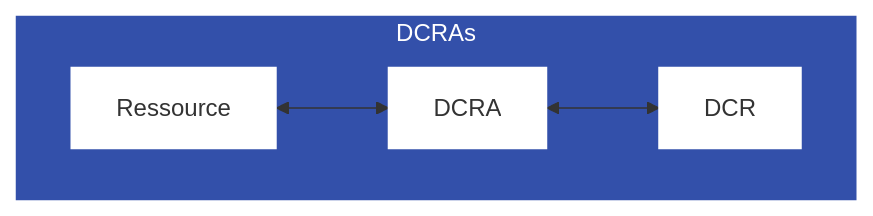
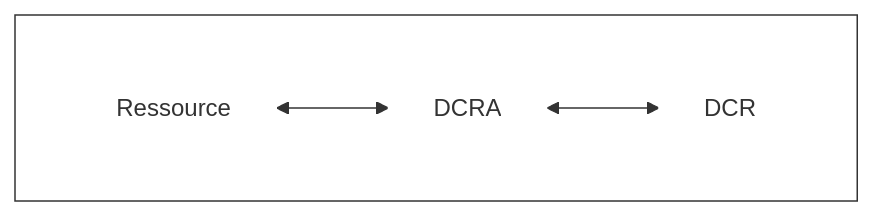
Before and after one commit to elouahidiahmed/soc-doc: the diagram in Sentinel/DCR/01- Règle de collection de données DCR.md, drawn with Mermaid.

Commit message:
v7 graph

````diff
--- a/Sentinel/DCR/01- Règle de collection de données DCR.md
+++ b/Sentinel/DCR/01- Règle de collection de données DCR.md
@@ -35,14 +35,14 @@
 ``` mermaid
 
 flowchart TB
     subgraph DCRAs [DCRAs]
         Ressource <--> DCRA <--> DCR
     end
 
-style DCRAs color:#fff,fill:#3350aa,stroke:#fff,stroke-width:1px
+style DCRAs color:#fff,fill:#fff,stroke:#333,stroke-width:1px
 
 style Ressource color:#333, fill:#fff, stroke:#fff
 style DCRA     color:#333, fill:#fff, stroke:#fff
 style DCR      color:#333, fill:#fff, stroke:#fff
 
 ```
````
